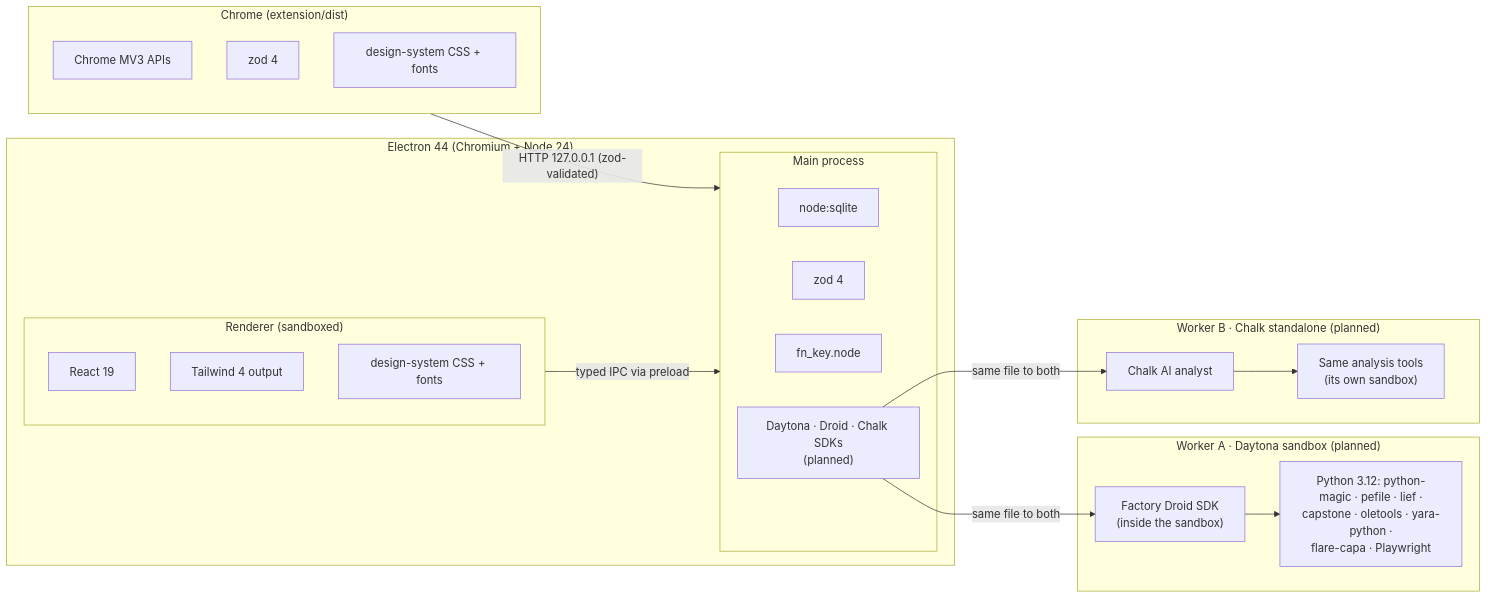
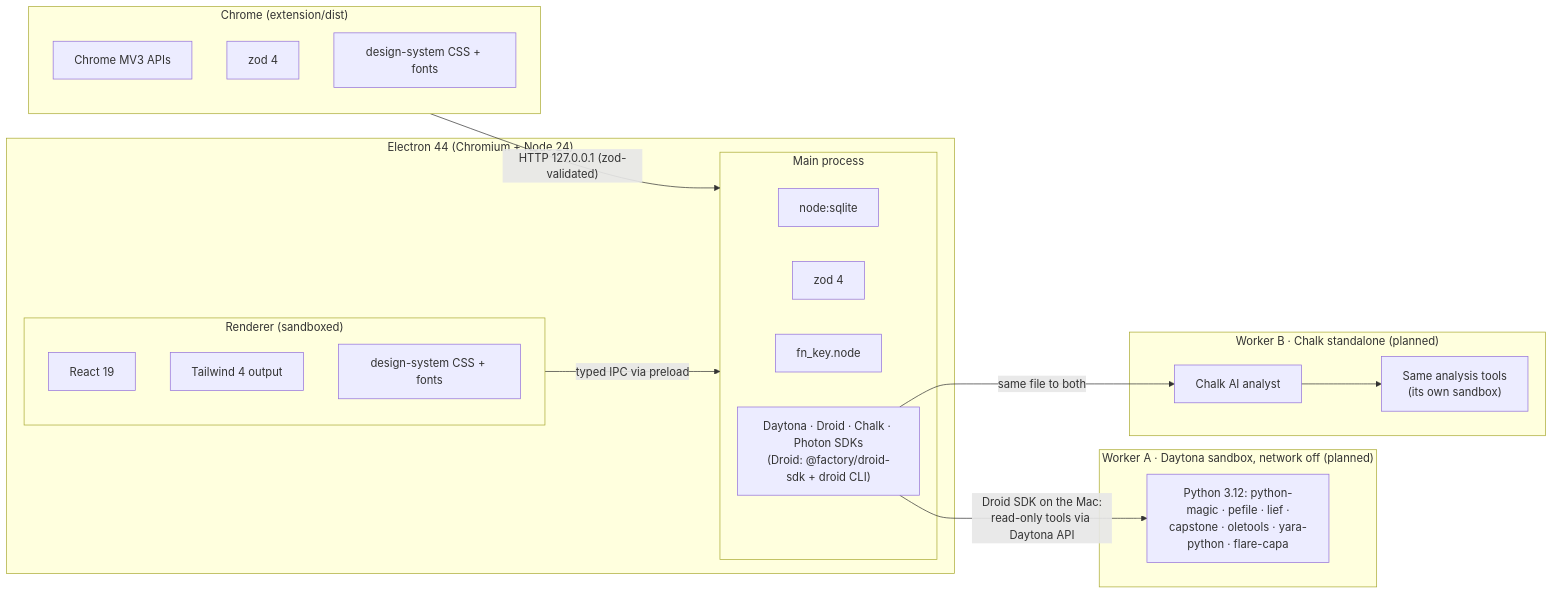
The seventh of 10 diagrams in docs/architectural.md (evandong1976/Aegis), drawn with Mermaid before and after one commit. The commit also changed other lines of this file, not shown here.

First line of the commit message:
docs(architectural): Droid on the Mac, links judged without opening, Photon back in scope

````diff
--- a/docs/architectural.md
+++ b/docs/architectural.md
@@ -597,35 +619,33 @@
 ```mermaid
 flowchart LR
   subgraph Chrome["Chrome (extension/dist)"]
     CAPI["Chrome MV3 APIs"]
     ZE["zod 4"]
     DSE["design-system CSS + fonts"]
   end
   subgraph Electron["Electron 44 (Chromium + Node 24)"]
     subgraph Main["Main process"]
       SQL["node:sqlite"]
       ZM["zod 4"]
       FNK["fn_key.node"]
-      SDKS["Daytona · Droid · Chalk SDKs<br/>(planned)"]
+      SDKS["Daytona · Droid · Chalk · Photon SDKs<br/>(Droid: @factory/droid-sdk + droid CLI)"]
     end
     subgraph Renderer["Renderer (sandboxed)"]
       REACT["React 19"]
       TW["Tailwind 4 output"]
       DSR["design-system CSS + fonts"]
     end
   end
-  subgraph WA["Worker A · Daytona sandbox (planned)"]
-    DR["Factory Droid SDK<br/>(inside the sandbox)"]
-    PY["Python 3.12: python-magic · pefile · lief ·<br/>capstone · oletools · yara-python ·<br/>flare-capa · Playwright"]
+  subgraph WA["Worker A · Daytona sandbox, network off (planned)"]
+    PY["Python 3.12: python-magic · pefile · lief ·<br/>capstone · oletools · yara-python · flare-capa"]
   end
   subgraph WB["Worker B · Chalk standalone (planned)"]
     CH["Chalk AI analyst"]
     PYB["Same analysis tools<br/>(its own sandbox)"]
   end
   Chrome -->|"HTTP 127.0.0.1 (zod-validated)"| Main
   Renderer -->|"typed IPC via preload"| Main
-  SDKS -->|"same file to both"| DR
+  SDKS -->|"Droid SDK on the Mac:<br/>read-only tools via Daytona API"| PY
   SDKS -->|"same file to both"| CH
-  DR --> PY
   CH --> PYB
 ```
````
